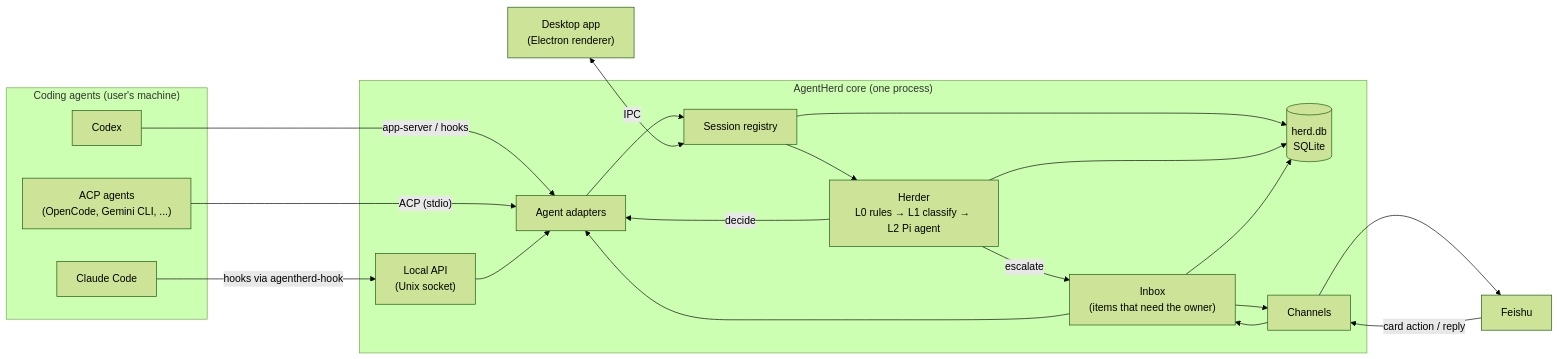
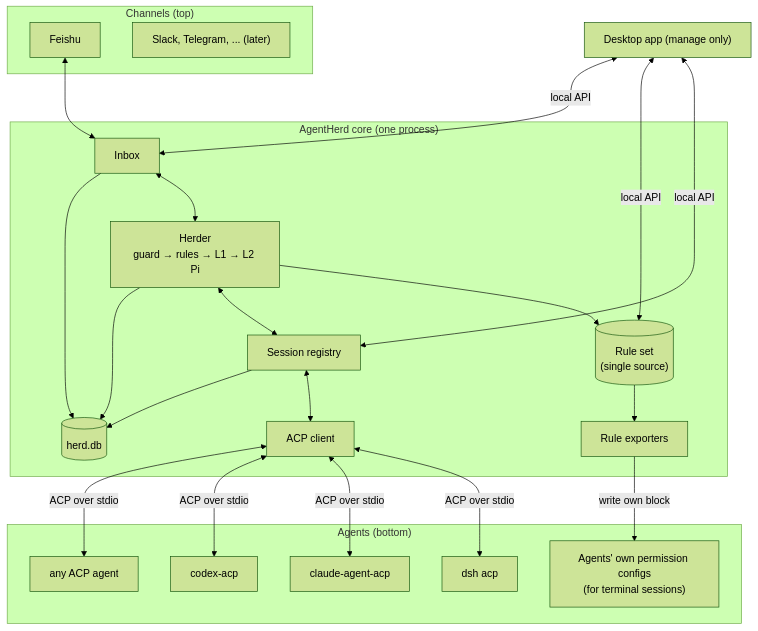
One commit to Dopetaiga/AgentHerd changed the diagram in docs/spec/02-architecture.md. Above: the diagram before and after it, drawn with Mermaid (forest theme). The commit also changed other lines of this file and 23 other files, not shown here.

First line of the commit message:
docs: make ACP the only runtime protocol and add rule export

````diff
--- a/docs/spec/02-architecture.md
+++ b/docs/spec/02-architecture.md
@@ -9,29 +9,32 @@
 ```mermaid
-flowchart LR
-  subgraph Agents["Coding agents (user's machine)"]
-    CC["Claude Code"]
-    CX["Codex"]
-    ACP["ACP agents<br/>(OpenCode, Gemini CLI, ...)"]
+flowchart TB
+  subgraph Top["Channels (top)"]
+    FS["Feishu"]
+    MORE["Slack, Telegram, ... (later)"]
   end
-  subgraph Herd["AgentHerd core (one process)"]
-    API["Local API<br/>(Unix socket)"]
-    AD["Agent adapters"]
+  subgraph Core["AgentHerd core (one process)"]
+    INB["Inbox"]
+    HD["Herder<br/>guard → rules → L1 → L2 Pi"]
+    RULES[("Rule set<br/>(single source)")]
     REG["Session registry"]
-    HD["Herder<br/>L0 rules → L1 classify → L2 Pi agent"]
-    INB["Inbox<br/>(items that need the owner)"]
-    DB[("herd.db<br/>SQLite")]
-    CH["Channels"]
+    ACPC["ACP client"]
+    EXP["Rule exporters"]
+    DB[("herd.db")]
   end
-  UI["Desktop app<br/>(Electron renderer)"]
-  FS["Feishu"]
-  CC -- "hooks via agentherd-hook" --> API
-  CX -- "app-server / hooks" --> AD
-  ACP -- "ACP (stdio)" --> AD
-  API --> AD
-  AD --> REG --> HD
-  HD -- "decide" --> AD
-  HD -- "escalate" --> INB --> CH --> FS
-  FS -- "card action / reply" --> CH --> INB --> AD
-  UI <-- "IPC" --> REG
+  subgraph Bottom["Agents (bottom)"]
+    A1["dsh acp"]
+    A2["claude-agent-acp"]
+    A3["codex-acp"]
+    A4["any ACP agent"]
+    CFG["Agents' own permission configs<br/>(for terminal sessions)"]
+  end
+  UI["Desktop app (manage only)"]
+  FS <--> INB
+  INB <--> HD
+  HD --> RULES
+  HD <--> REG <--> ACPC
+  ACPC <-- "ACP over stdio" --> A1 & A2 & A3 & A4
+  RULES --> EXP -- "write own block" --> CFG
+  UI <-- "local API" --> REG & RULES & INB
   REG & HD & INB --> DB
 ```
````
